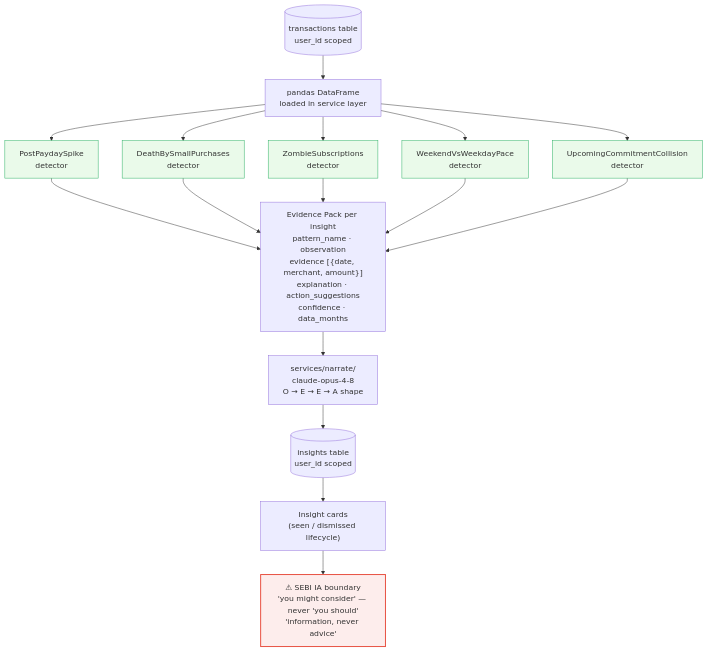
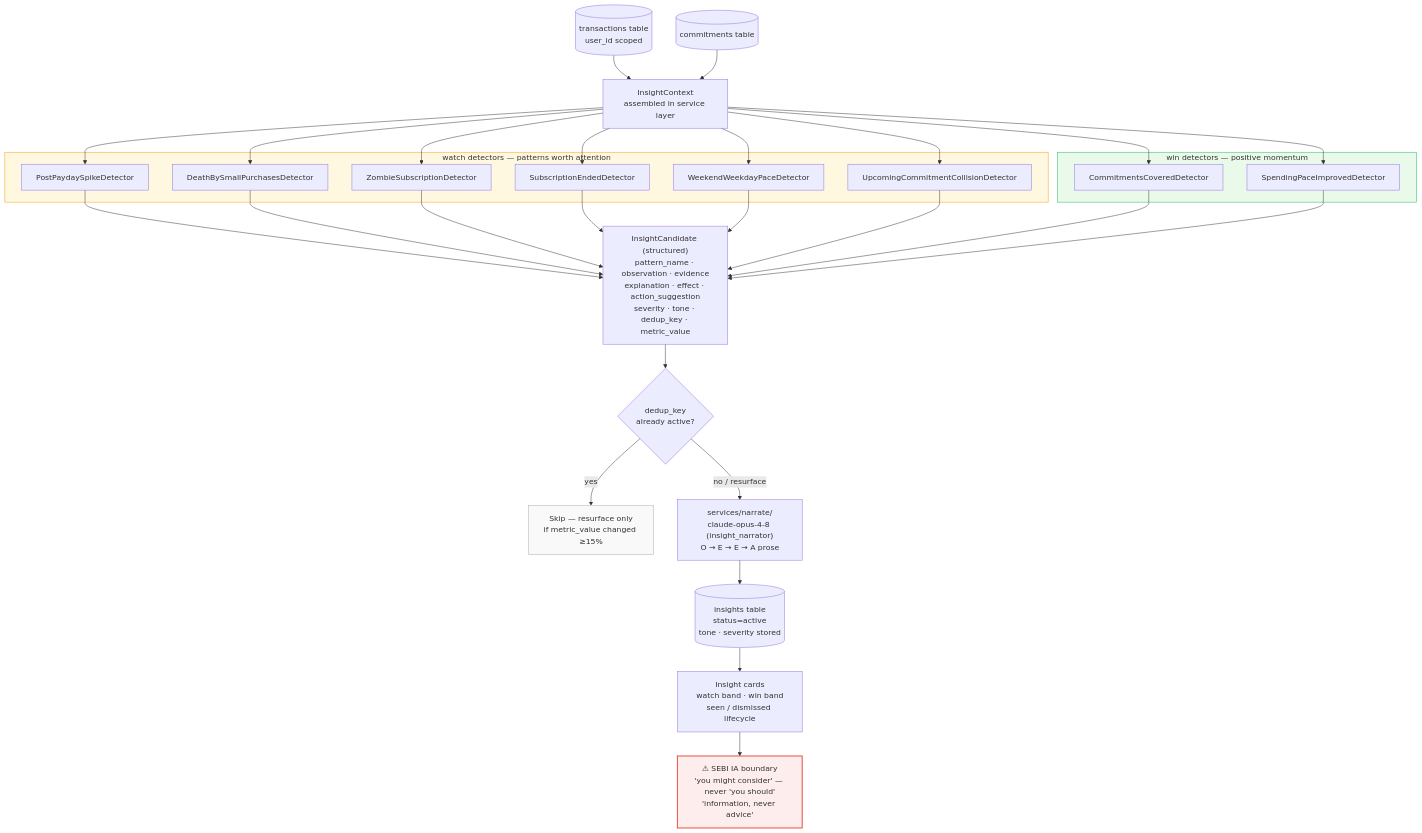
One commit to panchadir/AI-Powered-Personal-Finance-Analyzer changed the ninth of 10 diagrams in docs/diagrams.md. Above: the diagram before and after it, drawn with Mermaid. The commit also changed other lines of this file and 2 other files, not shown here.

Commit message:
confidenc and flowcharts changes

````diff
--- a/docs/diagrams.md
+++ b/docs/diagrams.md
@@ -460,27 +493,39 @@
 ```mermaid
 flowchart TD
-    TXN[(transactions table\nuser_id scoped)] --> PANDAS[pandas DataFrame\nloaded in service layer]
+    TXN[(transactions table\nuser_id scoped)] --> CTX[InsightContext\nassembled in service layer]
+    COMM[(commitments table)] --> CTX
 
-    PANDAS --> D1[PostPaydaySpike\ndetector]
-    PANDAS --> D2[DeathBySmallPurchases\ndetector]
-    PANDAS --> D3[ZombieSubscriptions\ndetector]
-    PANDAS --> D4[WeekendVsWeekdayPace\ndetector]
-    PANDAS --> D5[UpcomingCommitmentCollision\ndetector]
+    subgraph WATCH["watch detectors — patterns worth attention"]
+        D1[PostPaydaySpikeDetector]
+        D2[DeathBySmallPurchasesDetector]
+        D3[ZombieSubscriptionDetector]
+        D4[SubscriptionEndedDetector]
+        D5[WeekendWeekdayPaceDetector]
+        D6[UpcomingCommitmentCollisionDetector]
+    end
 
-    D1 & D2 & D3 & D4 & D5 --> EP["Evidence Pack per insight\npattern_name · observation\nevidence [{date, merchant, amount}]\nexplanation · action_suggestions\nconfidence · data_months"]
+    subgraph WIN["win detectors — positive momentum"]
+        D7[CommitmentsCoveredDetector]
+        D8[SpendingPaceImprovedDetector]
+    end
 
-    EP --> NAR["services/narrate/\nclaude-opus-4-8\nO → E → E → A shape"]
+    CTX --> D1 & D2 & D3 & D4 & D5 & D6
+    CTX --> D7 & D8
 
-    NAR --> INS[(insights table\nuser_id scoped)]
+    D1 & D2 & D3 & D4 & D5 & D6 & D7 & D8 --> CAND["InsightCandidate (structured)\npattern_name · observation · evidence\nexplanation · effect · action_suggestion\nseverity · tone · dedup_key · metric_value"]
 
-    INS --> UI["Insight cards\n(seen / dismissed lifecycle)"]
+    CAND --> DEDUP{dedup_key\nalready active?}
+    DEDUP -->|yes| DROP[Skip — resurface only\nif metric_value changed ≥15%]
+    DEDUP -->|no / resurface| NAR["services/narrate/\nclaude-opus-4-8 (insight_narrator)\nO → E → E → A prose"]
+
+    NAR --> INS[(insights table\nstatus=active\ntone · severity stored)]
+
+    INS --> UI["Insight cards\nwatch band · win band\nseen / dismissed lifecycle"]
 
     UI --> SEBI["⚠ SEBI IA boundary\n'you might consider' — never 'you should'\n'information, never advice'"]
 
     style SEBI fill:#fdedec,stroke:#e74c3c,stroke-width:2px
-    style D1 fill:#eafaea,stroke:#27ae60
-    style D2 fill:#eafaea,stroke:#27ae60
-    style D3 fill:#eafaea,stroke:#27ae60
-    style D4 fill:#eafaea,stroke:#27ae60
-    style D5 fill:#eafaea,stroke:#27ae60
+    style WATCH fill:#fff8e1,stroke:#f39c12
+    style WIN fill:#eafaea,stroke:#27ae60
+    style DROP fill:#f9f9f9,stroke:#aaa
 ```
````
